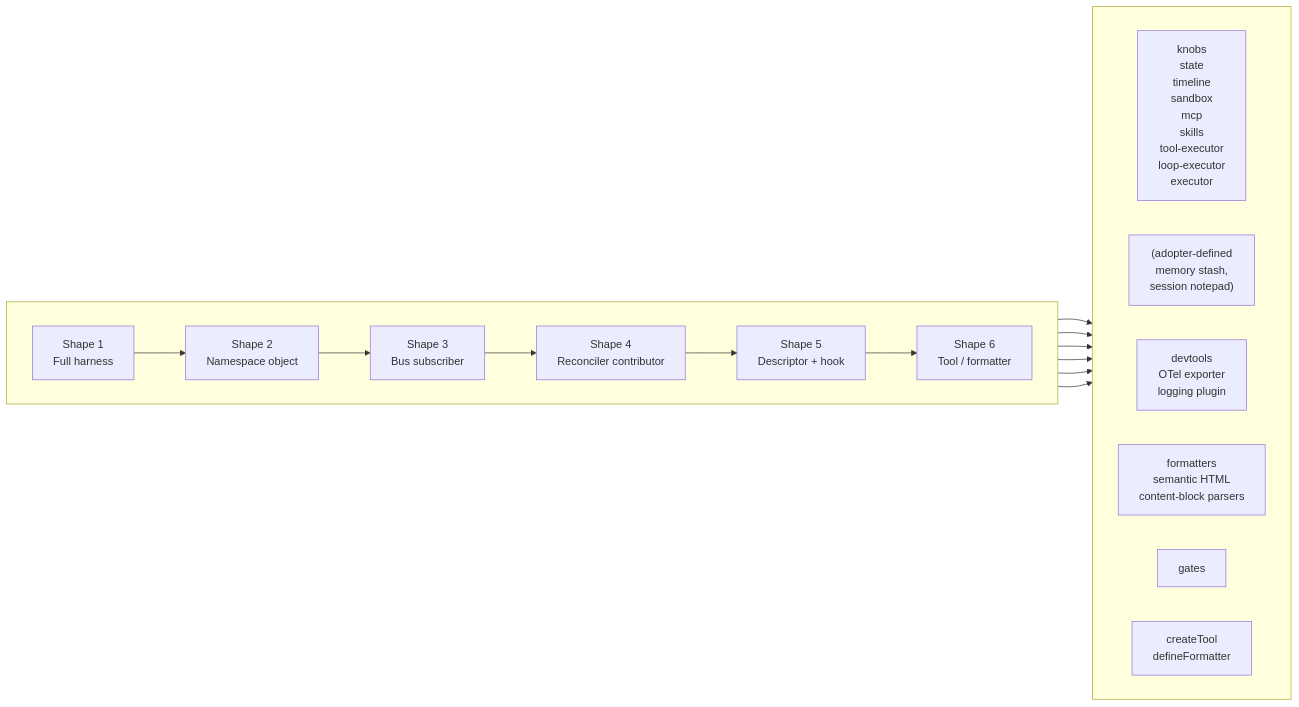
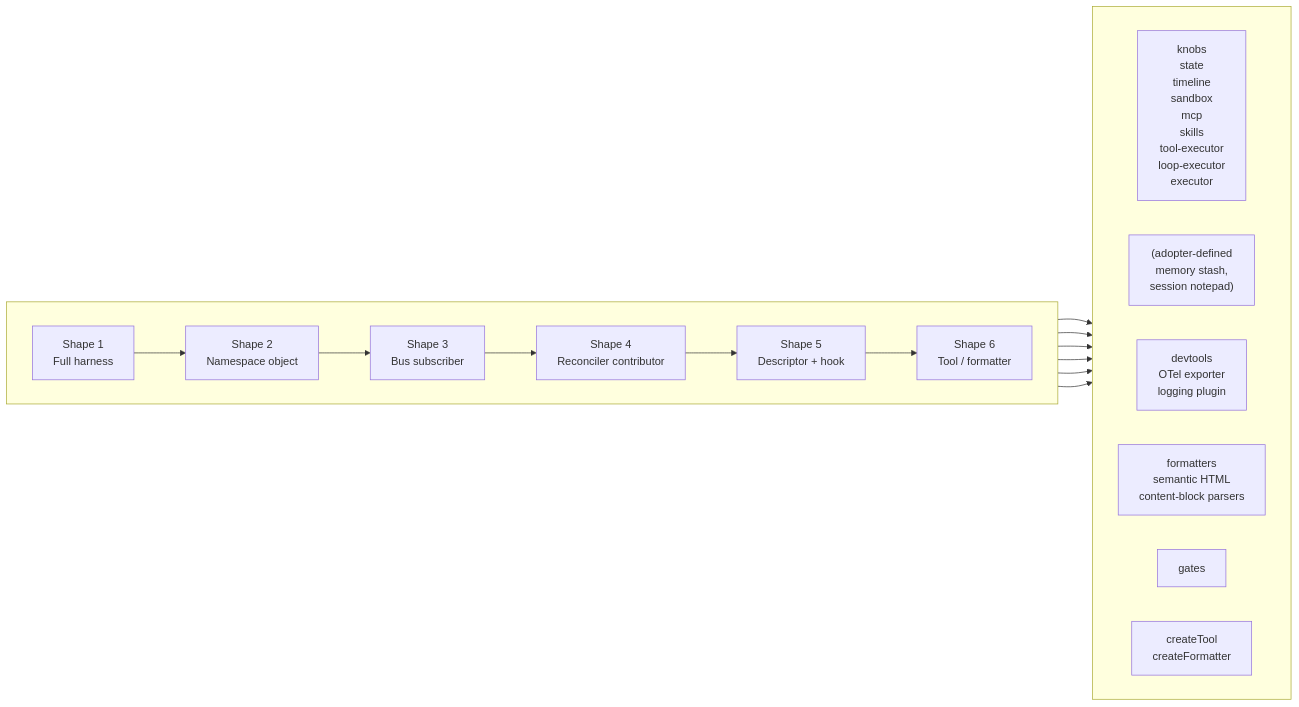
Before and after one commit to agenticklabs/agentick: the sixth of 8 diagrams in docs/proposals/v2/blueprint/00-overview.md, drawn with Mermaid. The commit also changed 14 other files, not shown here.

First line of the commit message:
refactor(formatters, spec, blueprint): rename defineFormatter → createFormatter (ADR 36)

````diff
--- a/docs/proposals/v2/blueprint/00-overview.md
+++ b/docs/proposals/v2/blueprint/00-overview.md
@@ -507,24 +507,24 @@
 ```mermaid
 graph LR
   subgraph WeightAxis[" "]
     direction LR
     L1["Shape 1<br/>Full harness"] --> L2["Shape 2<br/>Namespace object"] --> L3["Shape 3<br/>Bus subscriber"] --> L4["Shape 4<br/>Reconciler contributor"] --> L5["Shape 5<br/>Descriptor + hook"] --> L6["Shape 6<br/>Tool / formatter"]
   end
 
   subgraph Examples[" "]
     direction LR
     E1["knobs<br/>state<br/>timeline<br/>sandbox<br/>mcp<br/>skills<br/>tool-executor<br/>loop-executor<br/>executor"]
     E2["(adopter-defined<br/>memory stash,<br/>session notepad)"]
     E3["devtools<br/>OTel exporter<br/>logging plugin"]
     E4["formatters<br/>semantic HTML<br/>content-block parsers"]
     E5["gates"]
-    E6["createTool<br/>defineFormatter"]
+    E6["createTool<br/>createFormatter"]
   end
 
   L1 --> E1
   L2 --> E2
   L3 --> E3
   L4 --> E4
   L5 --> E5
   L6 --> E6
 ```
````
